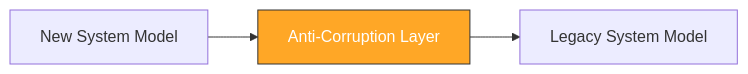
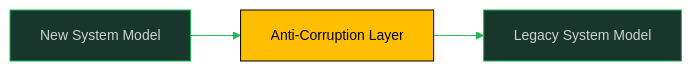
One commit to oat431/swe-knowledge changed diagram 14 of 15 in software-engineering-note/03_Software_Design/11_Design_Issues_and_Qualities.md. Above: the diagram before and after it, drawn with Mermaid. The commit also changed other lines of this file and 116 other files, not shown here.

````diff
--- a/software-engineering-note/03_Software_Design/11_Design_Issues_and_Qualities.md
+++ b/software-engineering-note/03_Software_Design/11_Design_Issues_and_Qualities.md
@@ -842,6 +855,7 @@
 ```mermaid
+%%{init: {'theme':'base','themeVariables':{'primaryColor':'#19362D','primaryTextColor':'#CDD3D1','primaryBorderColor':'#1FB854','lineColor':'#1FB854','secondaryColor':'#161212','tertiaryColor':'#1B1717','background':'#1B1717','mainBkg':'#19362D','nodeBorder':'#1FB854','clusterBkg':'#161212','clusterBorder':'#19362D','titleColor':'#1FB854','edgeLabelBackground':'#161212','fontSize':'14px'}}}%%
 graph LR
     A[New System Model] --> B[Anti-Corruption Layer]
     B --> C[Legacy System Model]
-    style B fill:#ffa726,stroke:#333,color:#fff
+    style B fill:#FFBE00,stroke:#000000,color:#000000
 ```
````
